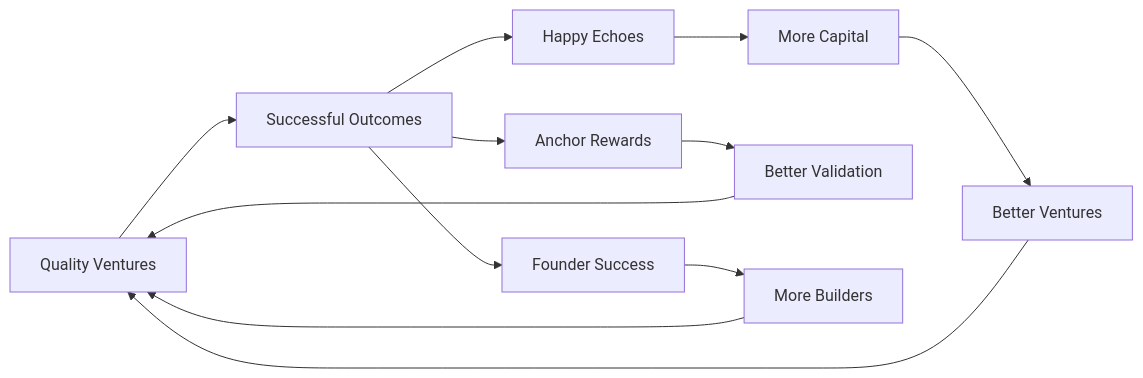
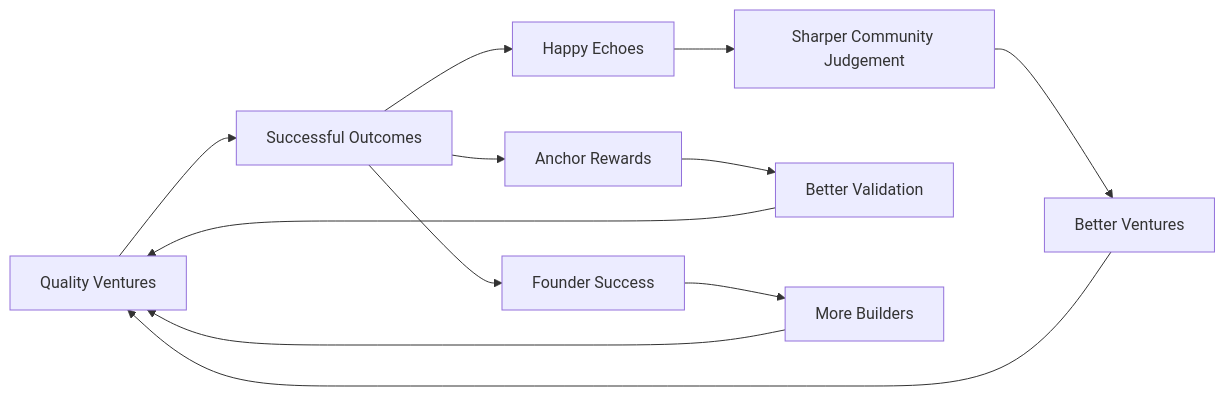
One commit to studio3-labs/studio3-docs changed the second of 3 diagrams in docs/overview-guide/incentives.md. Above: the diagram before and after it, drawn with Mermaid. The commit also changed 15 other files, not shown here.

````diff
--- a/docs/overview-guide/incentives.md
+++ b/docs/overview-guide/incentives.md
@@ -130,16 +130,16 @@
 ```mermaid
 graph LR
     A[Quality Ventures] --> B[Successful Outcomes]
     B --> C[Happy Echoes]
-    C --> D[More Capital]
+    C --> D[Sharper Community Judgement]
     D --> E[Better Ventures]
     E --> A
     
     B --> F[Anchor Rewards]
     F --> G[Better Validation]
     G --> A
     
     B --> H[Founder Success]
     H --> I[More Builders]
     I --> A
 ```
````
